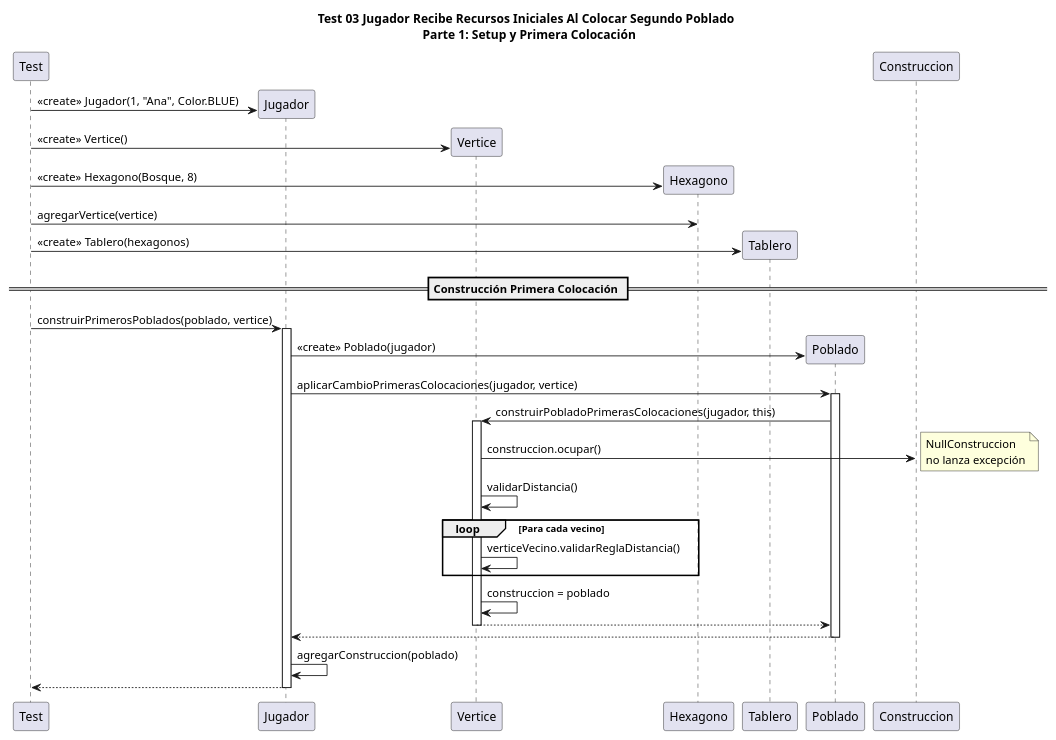
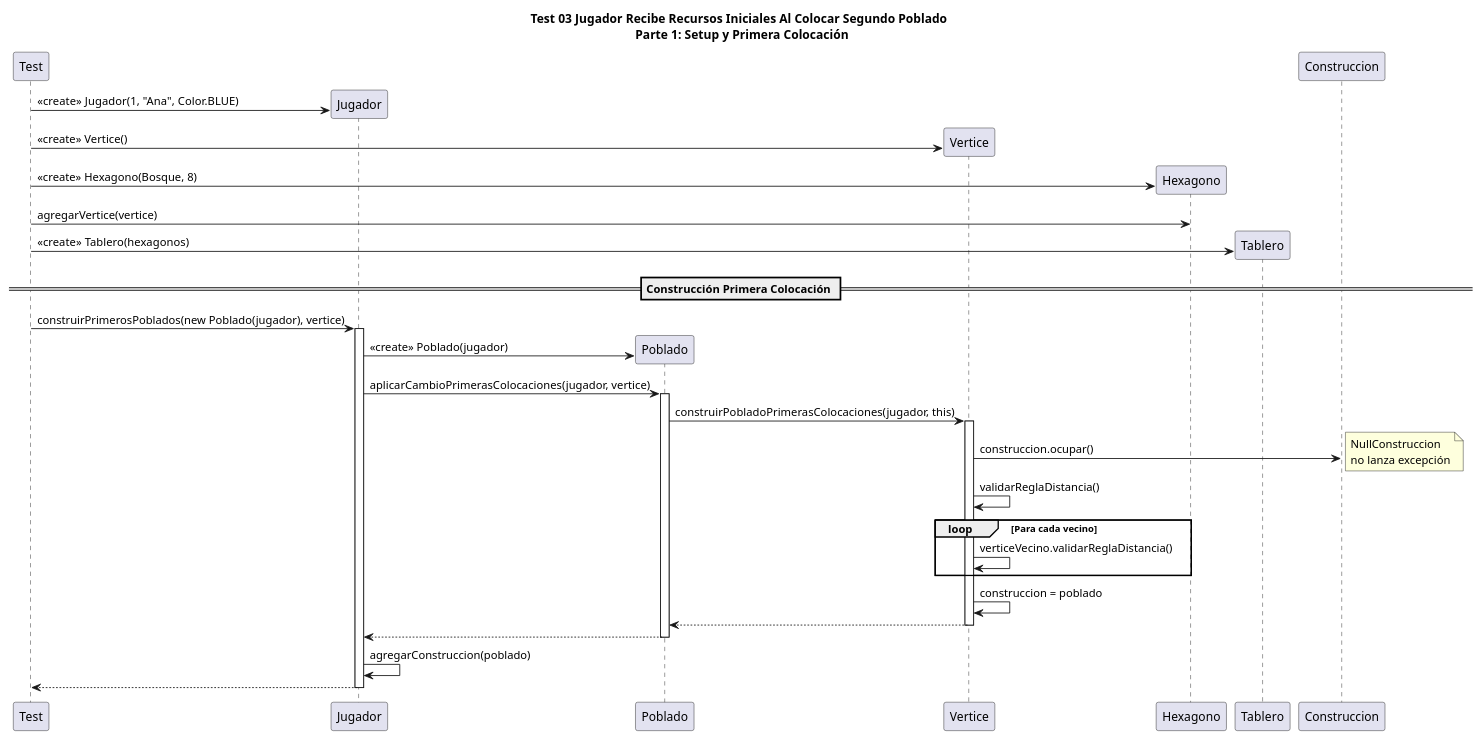
One commit to ValeSolArroyo/TP2-Catan changed the first of 3 diagrams in diagrams/sequences/test03.puml. Above: the diagram before and after it, drawn with PlantUML. The commit also changed other lines of this file and 8 other files, not shown here.

Commit message:
diagramas actualizados

```diff
--- a/diagrams/sequences/test03.puml
+++ b/diagrams/sequences/test03.puml
@@ -1,40 +1,48 @@
 @startuml
 title Test 03 Jugador Recibe Recursos Iniciales Al Colocar Segundo Poblado \n Parte 1: Setup y Primera Colocación
+
+participant Test
+participant Jugador
+participant Poblado
+participant Vertice
+participant Hexagono
+participant Tablero
+participant Construccion
 
 Test -> Jugador ** : <<create>> Jugador(1, "Ana", Color.BLUE)
 Test -> Vertice ** : <<create>> Vertice()
 Test -> Hexagono ** : <<create>> Hexagono(Bosque, 8)
 Test -> Hexagono : agregarVertice(vertice)
 Test -> Tablero ** : <<create>> Tablero(hexagonos)
 
 == Construcción Primera Colocación ==
-Test -> Jugador : construirPrimerosPoblados(poblado, vertice)
+Test -> Jugador : construirPrimerosPoblados(new Poblado(jugador), vertice)
 activate Jugador
 
 Jugador -> Poblado ** : <<create>> Poblado(jugador)
 Jugador -> Poblado : aplicarCambioPrimerasColocaciones(jugador, vertice)
 activate Poblado
 
 Poblado -> Vertice : construirPobladoPrimerasColocaciones(jugador, this)
 activate Vertice
 
 Vertice -> Construccion : construccion.ocupar()
 note right: NullConstruccion\nno lanza excepción
 
-Vertice -> Vertice : validarDistancia()
+Vertice -> Vertice : validarReglaDistancia()
 loop Para cada vecino
   Vertice -> Vertice : verticeVecino.validarReglaDistancia()
 end
 
 Vertice -> Vertice : construccion = poblado
 Vertice --> Poblado
 deactivate Vertice
 
 Poblado --> Jugador
 deactivate Poblado
 
 Jugador -> Jugador : agregarConstruccion(poblado)
 Jugador --> Test
 deactivate Jugador
 
 @enduml
```
